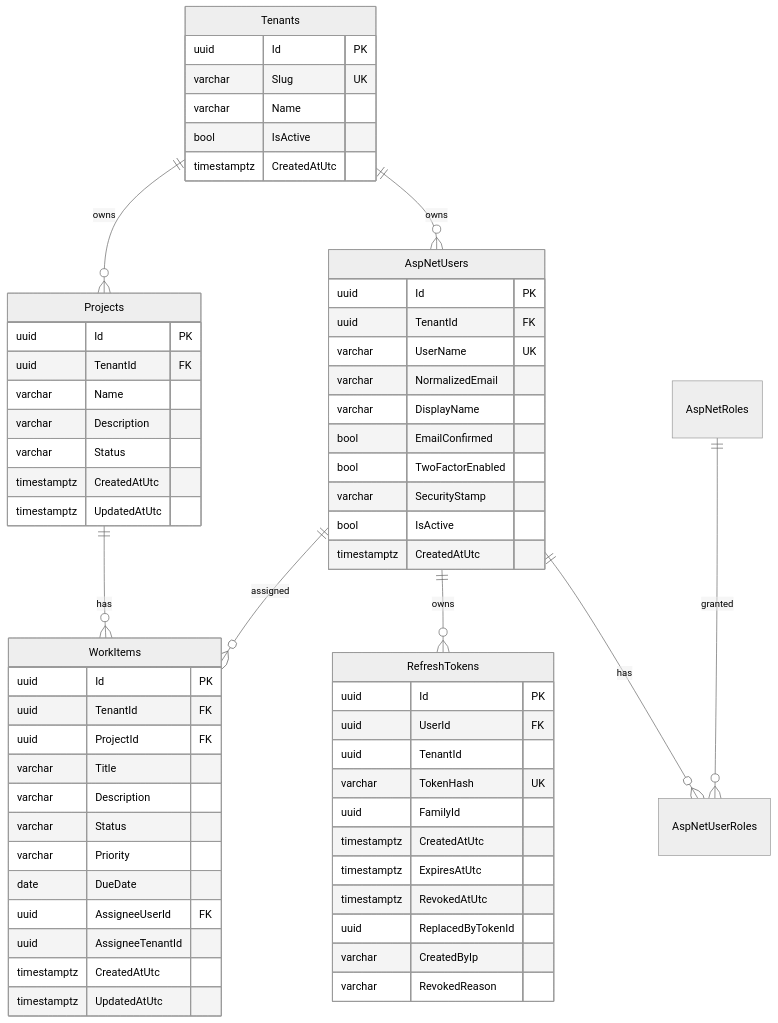
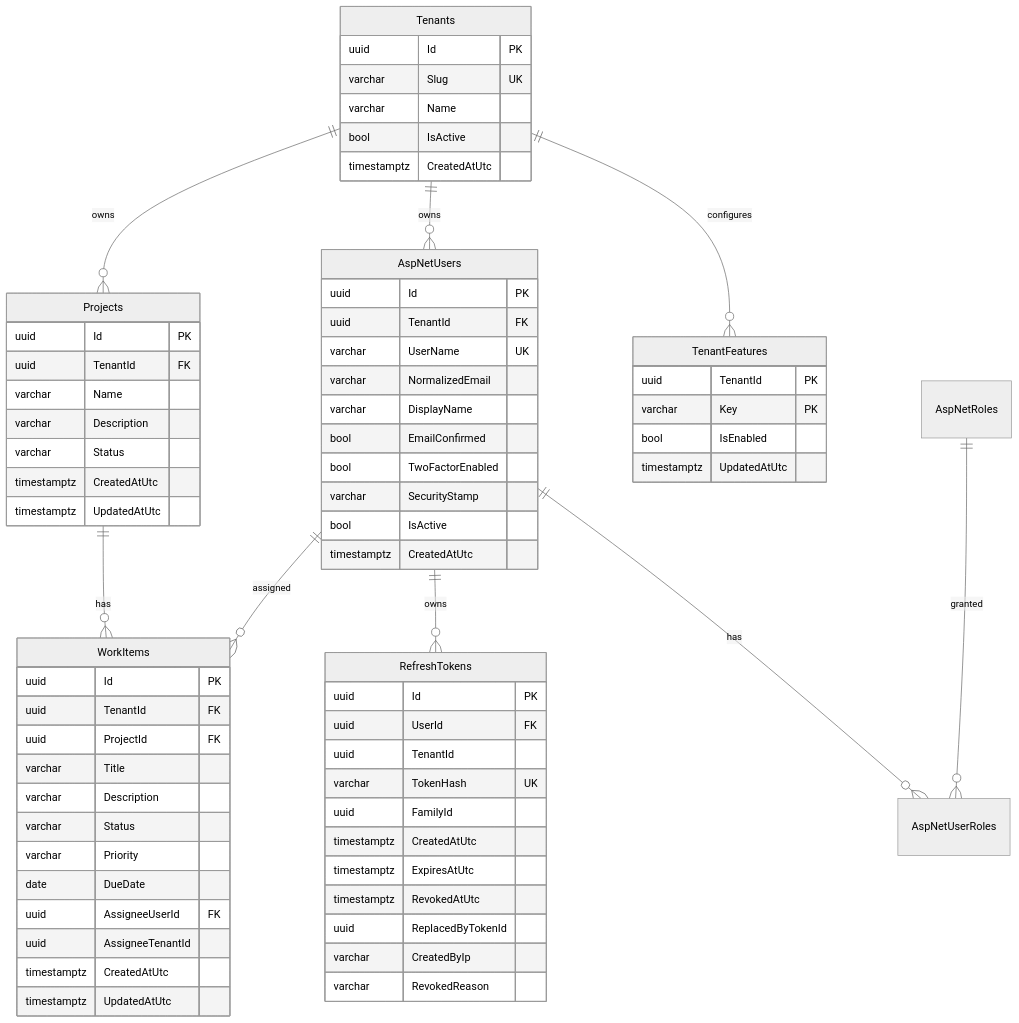
The sixth of 6 diagrams in docs/architecture.md (MFarooqTahir/multitenant-aspnet-api), drawn with Mermaid (neutral theme) before and after one commit. The commit also changed other lines of this file and 28 other files, not shown here.

````diff
--- a/docs/architecture.md
+++ b/docs/architecture.md
@@ -116,66 +116,73 @@
 ```mermaid
 erDiagram
     Tenants ||--o{ AspNetUsers : "owns"
     Tenants ||--o{ Projects : "owns"
+    Tenants ||--o{ TenantFeatures : "configures"
     Projects ||--o{ WorkItems : "has"
     AspNetUsers ||--o{ WorkItems : "assigned"
     AspNetUsers ||--o{ RefreshTokens : "owns"
     AspNetUsers ||--o{ AspNetUserRoles : "has"
     AspNetRoles ||--o{ AspNetUserRoles : "granted"
 
     Tenants {
         uuid Id PK
         varchar Slug UK
         varchar Name
         bool IsActive
         timestamptz CreatedAtUtc
+    }
+    TenantFeatures {
+        uuid TenantId PK
+        varchar Key PK
+        bool IsEnabled
+        timestamptz UpdatedAtUtc
     }
     AspNetUsers {
         uuid Id PK
         uuid TenantId FK
         varchar UserName UK
         varchar NormalizedEmail
         varchar DisplayName
         bool EmailConfirmed
         bool TwoFactorEnabled
         varchar SecurityStamp
         bool IsActive
         timestamptz CreatedAtUtc
     }
     Projects {
         uuid Id PK
         uuid TenantId FK
         varchar Name
         varchar Description
         varchar Status
         timestamptz CreatedAtUtc
         timestamptz UpdatedAtUtc
     }
     WorkItems {
         uuid Id PK
         uuid TenantId FK
         uuid ProjectId FK
         varchar Title
         varchar Description
         varchar Status
         varchar Priority
         date DueDate
         uuid AssigneeUserId FK
         uuid AssigneeTenantId
         timestamptz CreatedAtUtc
         timestamptz UpdatedAtUtc
     }
     RefreshTokens {
         uuid Id PK
         uuid UserId FK
         uuid TenantId
         varchar TokenHash UK
         uuid FamilyId
         timestamptz CreatedAtUtc
         timestamptz ExpiresAtUtc
         timestamptz RevokedAtUtc
         uuid ReplacedByTokenId
         varchar CreatedByIp
         varchar RevokedReason
     }
 ```
````
